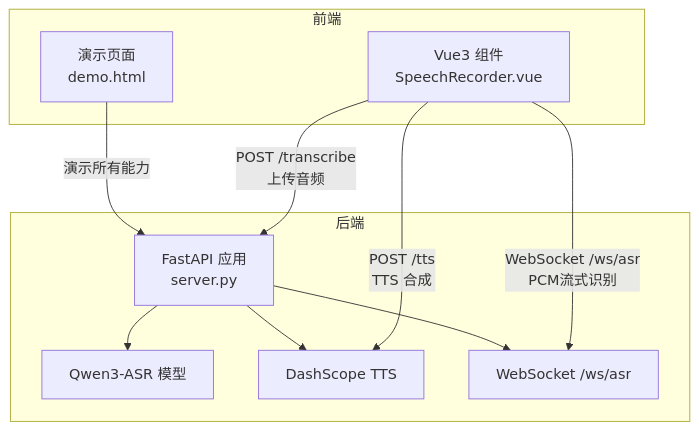
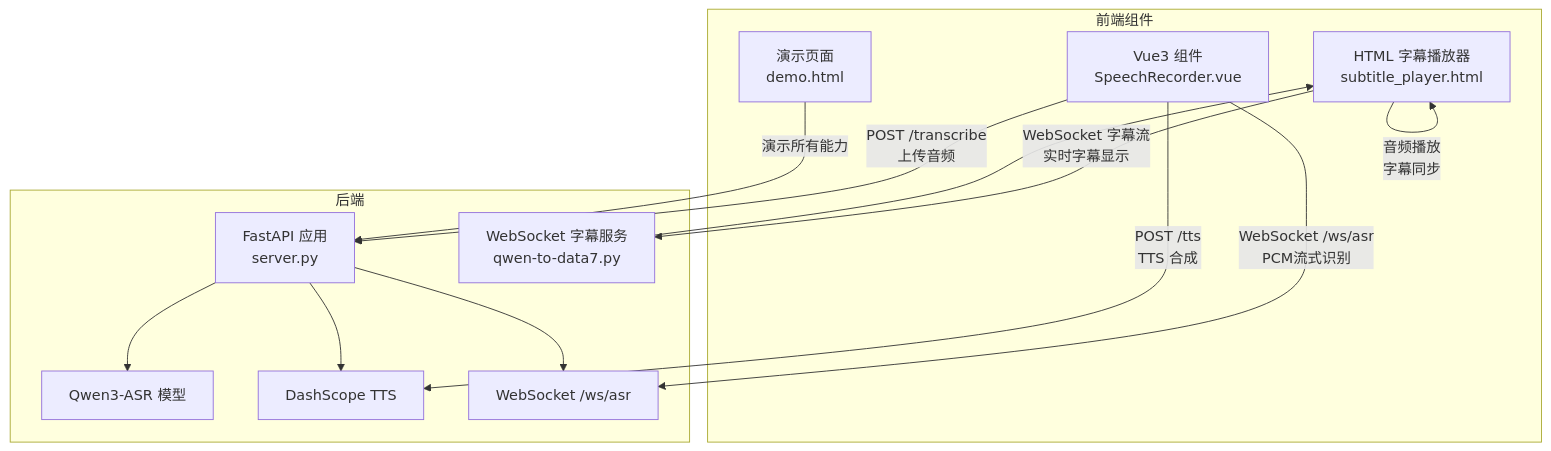
Before and after one commit to 1024dashen/Vue3Speech: the first of 7 diagrams in .qoder/repowiki/zh/content/前端组件集成/前端组件集成.md, drawn with Mermaid. The commit also changed other lines of this file and 7 other files, not shown here.

````diff
--- a/.qoder/repowiki/zh/content/前端组件集成/前端组件集成.md
+++ b/.qoder/repowiki/zh/content/前端组件集成/前端组件集成.md
@@ -41,20 +46,25 @@
 ```mermaid
 graph TB
-subgraph "前端"
+subgraph "前端组件"
 VUE["Vue3 组件<br/>SpeechRecorder.vue"]
+HTML["HTML 字幕播放器<br/>subtitle_player.html"]
 DEMO["演示页面<br/>demo.html"]
 end
 subgraph "后端"
 FASTAPI["FastAPI 应用<br/>server.py"]
 ASR["Qwen3-ASR 模型"]
 TTS["DashScope TTS"]
 WS["WebSocket /ws/asr"]
+SUBWS["WebSocket 字幕服务<br/>qwen-to-data7.py"]
 end
 VUE --> |"POST /transcribe<br/>上传音频"| FASTAPI
 VUE --> |"WebSocket /ws/asr<br/>PCM流式识别"| WS
 VUE --> |"POST /tts<br/>TTS 合成"| TTS
+HTML --> |"WebSocket 字幕流<br/>实时字幕显示"| SUBWS
+HTML --> |"音频播放<br/>字幕同步"| HTML
 DEMO --> |"演示所有能力"| FASTAPI
 FASTAPI --> ASR
 FASTAPI --> TTS
 FASTAPI --> WS
+SUBWS --> HTML
 ```
````
